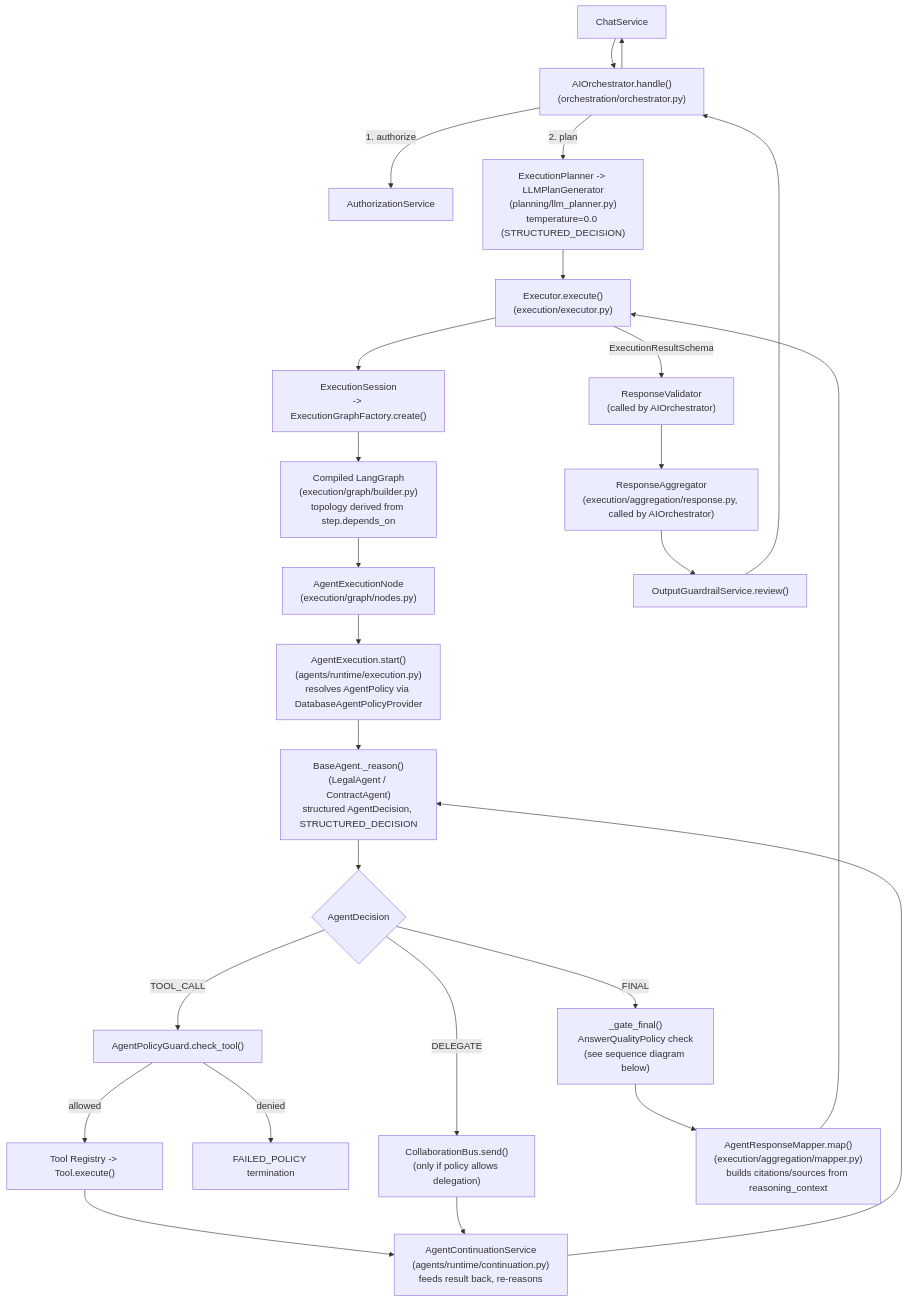
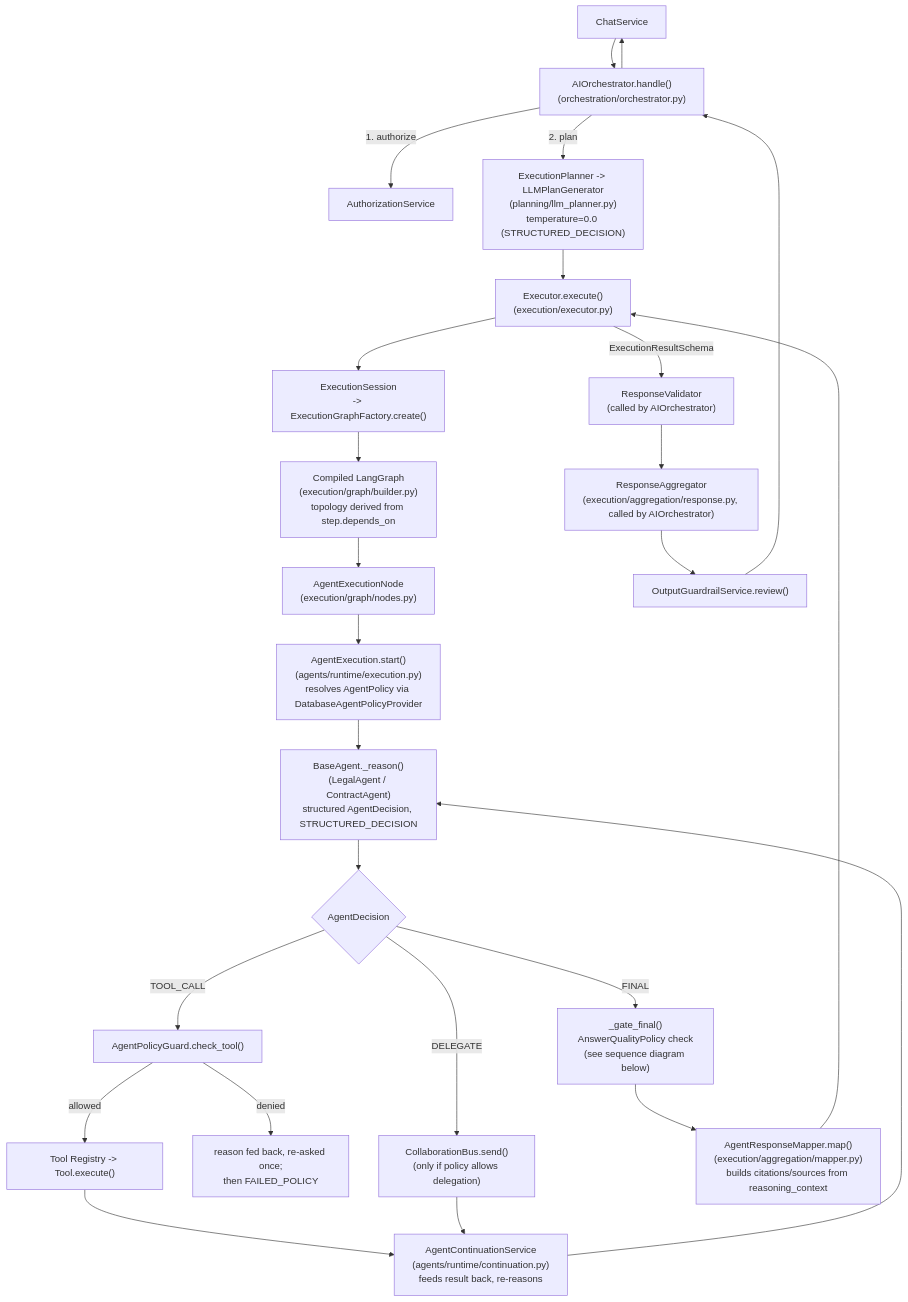
Before and after one commit to bharatkse/juris-ai: the first of 4 diagrams in server/src/agentic/README.md, drawn with Mermaid. The commit also changed other lines of this file and 59 other files, not shown here.

````diff
--- a/server/src/agentic/README.md
+++ b/server/src/agentic/README.md
@@ -36,28 +36,28 @@
 ```mermaid
 flowchart TD
     REQ[ChatService] --> ORCH["AIOrchestrator.handle()<br/>(orchestration/orchestrator.py)"]
     ORCH -->|1. authorize| AUTH[AuthorizationService]
     ORCH -->|2. plan| PLAN["ExecutionPlanner -> LLMPlanGenerator<br/>(planning/llm_planner.py)<br/>temperature=0.0 (STRUCTURED_DECISION)"]
     PLAN --> EXECUTOR["Executor.execute()<br/>(execution/executor.py)"]
     EXECUTOR --> SESSION["ExecutionSession<br/>-> ExecutionGraphFactory.create()"]
     SESSION --> GRAPH["Compiled LangGraph<br/>(execution/graph/builder.py)<br/>topology derived from step.depends_on"]
     GRAPH --> NODE["AgentExecutionNode<br/>(execution/graph/nodes.py)"]
     NODE --> AEXEC["AgentExecution.start()<br/>(agents/runtime/execution.py)<br/>resolves AgentPolicy via DatabaseAgentPolicyProvider"]
     AEXEC --> AGENT["BaseAgent._reason()<br/>(LegalAgent / ContractAgent)<br/>structured AgentDecision, STRUCTURED_DECISION"]
     AGENT --> DECISION{AgentDecision}
     DECISION -->|TOOL_CALL| GUARD["AgentPolicyGuard.check_tool()"]
     GUARD -->|allowed| TOOLREG["Tool Registry -> Tool.execute()"]
-    GUARD -->|denied| FAILPOLICY[FAILED_POLICY termination]
+    GUARD -->|denied| FAILPOLICY["reason fed back, re-asked once;<br/>then FAILED_POLICY"]
     TOOLREG --> CONT["AgentContinuationService<br/>(agents/runtime/continuation.py)<br/>feeds result back, re-reasons"]
     CONT --> AGENT
     DECISION -->|DELEGATE| BUS["CollaborationBus.send()<br/>(only if policy allows delegation)"]
     BUS --> CONT
     DECISION -->|FINAL| GATE["_gate_final()<br/>AnswerQualityPolicy check<br/>(see sequence diagram below)"]
     GATE --> MAPPER["AgentResponseMapper.map()<br/>(execution/aggregation/mapper.py)<br/>builds citations/sources from reasoning_context"]
     MAPPER --> EXECUTOR
     EXECUTOR -->|ExecutionResultSchema| VALIDATOR["ResponseValidator<br/>(called by AIOrchestrator)"]
     VALIDATOR --> AGG["ResponseAggregator<br/>(execution/aggregation/response.py, called by AIOrchestrator)"]
     AGG --> GR["OutputGuardrailService.review()"]
     GR --> ORCH
     ORCH --> REQ
 ```
````
